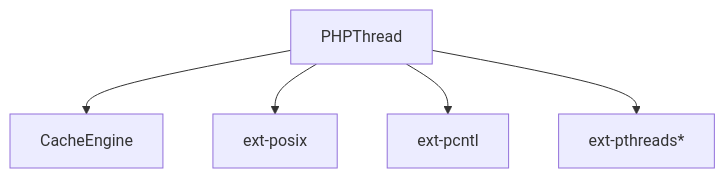
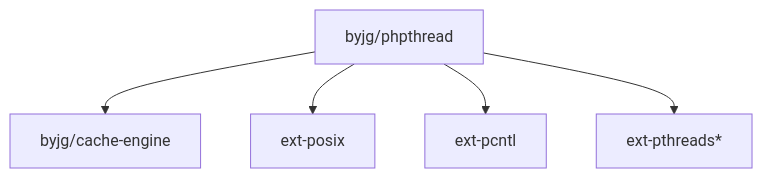
Before and after one commit to byjg/php-phpthread: the diagram in README.md, drawn with Mermaid.

Commit message:
Add Dependencies

````diff
--- a/README.md
+++ b/README.md
@@ -139,7 +139,7 @@
 ```mermaid
 flowchart TD
-    PHPThread --> CacheEngine
-    PHPThread --> ext-posix
-    PHPThread --> ext-pcntl
-    PHPThread --> ext-pthreads*
+    byjg/phpthread --> byjg/cache-engine
+    byjg/phpthread --> ext-posix
+    byjg/phpthread --> ext-pcntl
+    byjg/phpthread --> ext-pthreads*
 ```
````
